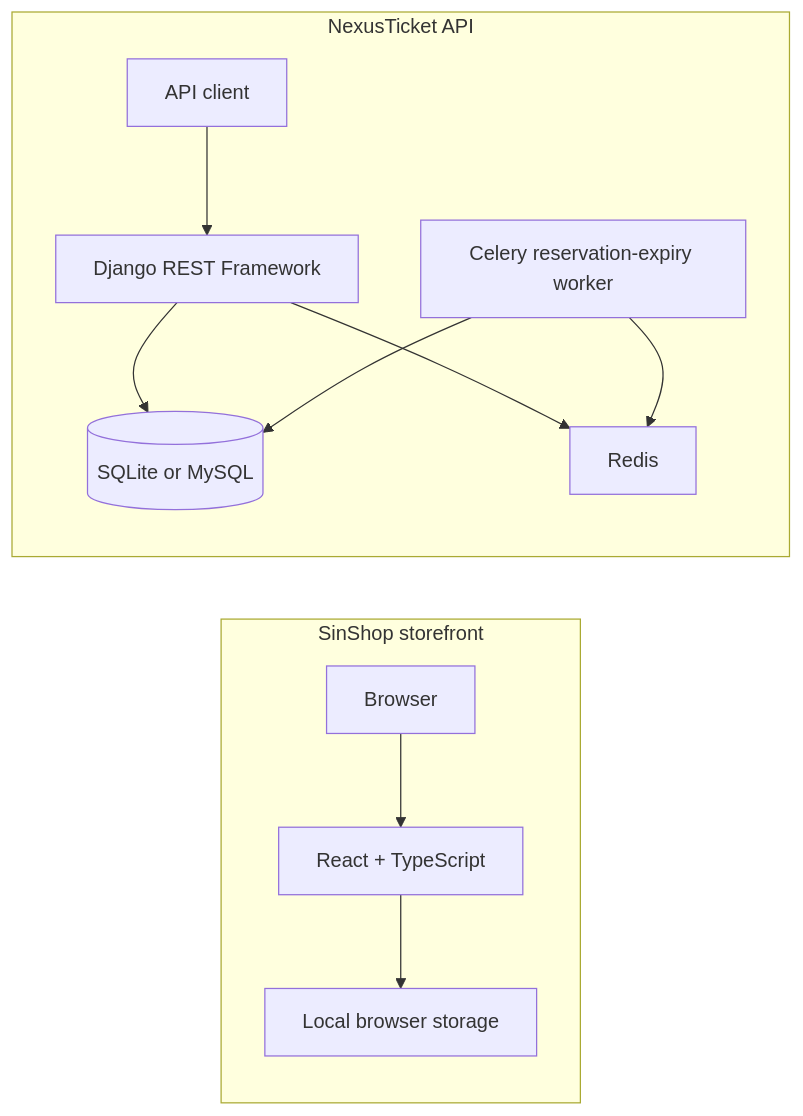
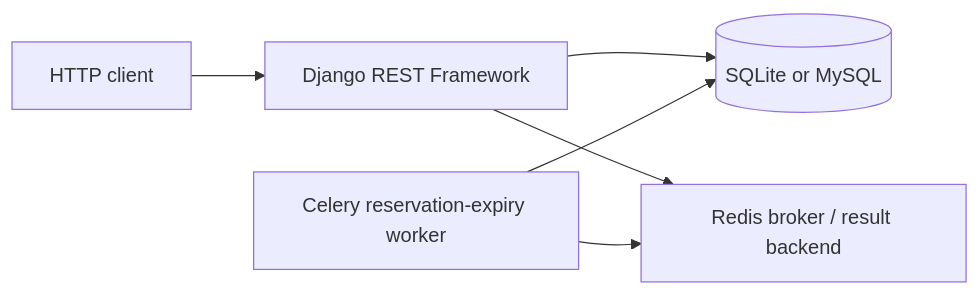
Before and after one commit to sinajokarr/NexusTicket: the diagram in README.md, drawn with Mermaid. The commit also changed other lines of this file and 4 other files, not shown here.

Commit message:
docs: focus NexusTicket documentation on the API

````diff
--- a/README.md
+++ b/README.md
@@ -51,15 +32,8 @@
 ```mermaid
 flowchart LR
-    subgraph Storefront[SinShop storefront]
-        Browser[Browser] --> React[React + TypeScript]
-        React --> Storage[Local browser storage]
-    end
-
-    subgraph Ticketing[NexusTicket API]
-        Client[API client] --> DRF[Django REST Framework]
-        DRF --> DB[(SQLite or MySQL)]
-        DRF --> Redis[Redis]
-        Celery[Celery reservation-expiry worker] --> Redis
-        Celery --> DB
-    end
+    Client[HTTP client] --> API[Django REST Framework]
+    API --> Database[(SQLite or MySQL)]
+    API --> Redis[Redis broker / result backend]
+    Worker[Celery reservation-expiry worker] --> Redis
+    Worker --> Database
 ```
````
